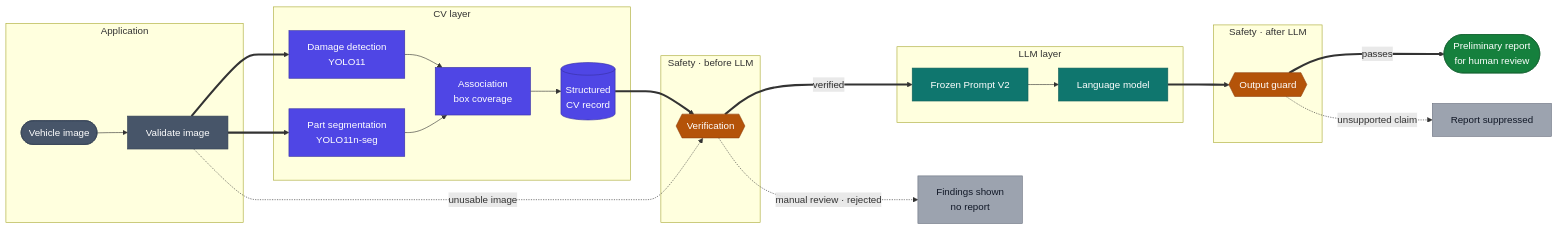
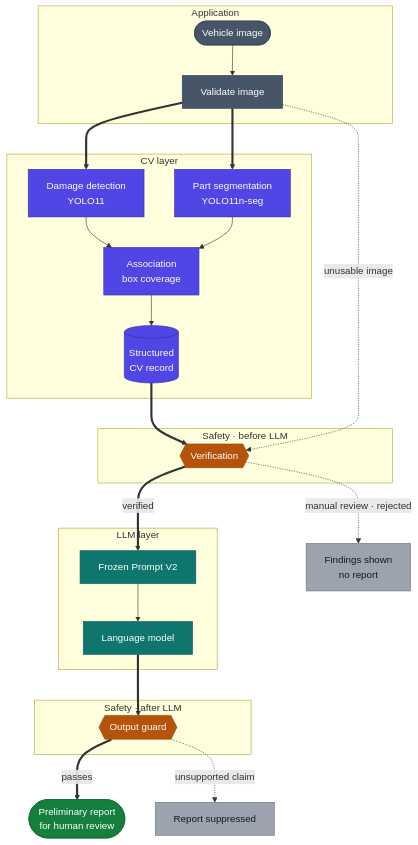
Before and after one commit to Haifald/qaddir-vehicle-damage-assessment: the first of 2 diagrams in README.md, drawn with Mermaid.

Commit message:
Render README pipeline diagram top-down

````diff
--- a/README.md
+++ b/README.md
@@ -57,48 +57,48 @@
 ```mermaid
-flowchart LR
+flowchart TD
     subgraph APP["Application"]
         IN(["Vehicle image"]) --> VAL["Validate image"]
     end
     subgraph CV["CV layer"]
         DMG["Damage detection<br/>YOLO11"]
         PRT["Part segmentation<br/>YOLO11n-seg"]
         ASC["Association<br/>box coverage"]
         REC[("Structured<br/>CV record")]
         DMG --> ASC
         PRT --> ASC
         ASC --> REC
     end
     subgraph PRE["Safety · before LLM"]
         VER{{"Verification"}}
     end
     subgraph LLM["LLM layer"]
         PRM["Frozen Prompt V2"] --> GEN["Language model"]
     end
     subgraph POST["Safety · after LLM"]
         OG{{"Output guard"}}
     end
 
     VAL ==> DMG
     VAL ==> PRT
     REC ==> VER
     VER ==>|"verified"| PRM
     GEN ==> OG
     OG ==>|"passes"| OUT(["Preliminary report<br/>for human review"])
 
     VAL -.->|"unusable image"| VER
     VER -.->|"manual review · rejected"| FND["Findings shown<br/>no report"]
     OG -.->|"unsupported claim"| SUP["Report suppressed"]
 
     classDef app fill:#475569,stroke:#334155,color:#ffffff
     classDef cv fill:#4f46e5,stroke:#3730a3,color:#ffffff
     classDef gate fill:#b45309,stroke:#92400e,color:#ffffff
     classDef llm fill:#0f766e,stroke:#115e59,color:#ffffff
     classDef done fill:#15803d,stroke:#166534,color:#ffffff
     classDef halt fill:#9ca3af,stroke:#6b7280,color:#111827
     class IN,VAL app
     class DMG,PRT,ASC,REC cv
     class VER,OG gate
     class PRM,GEN llm
     class OUT done
     class FND,SUP halt
 ```
````
